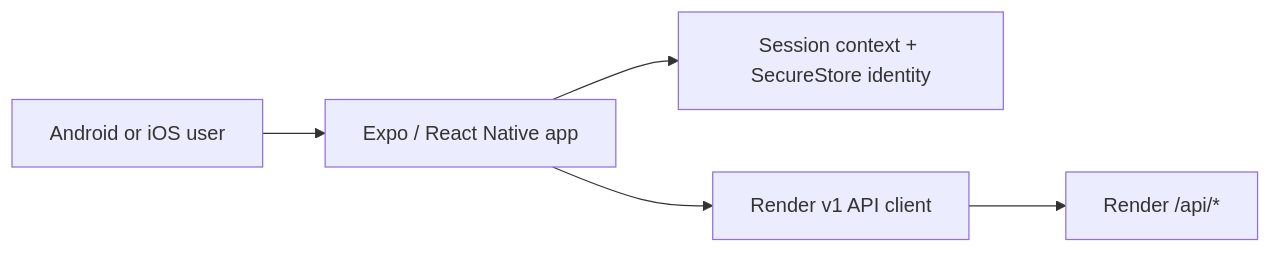
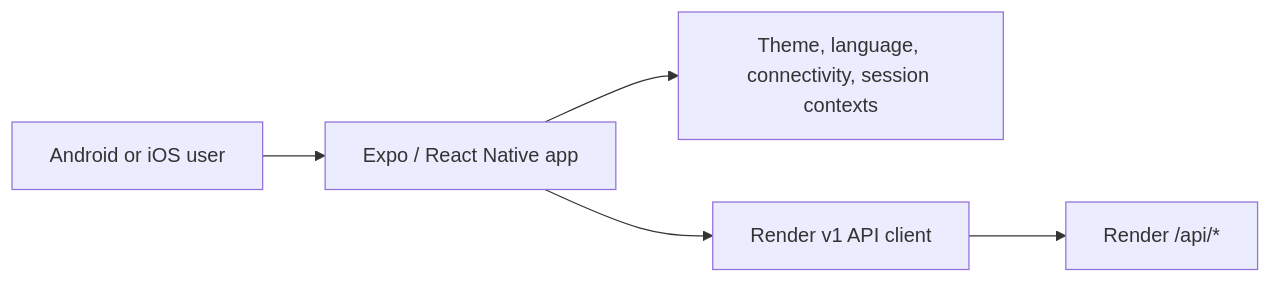
Before and after one commit to khrizenriquez/reservas-app: the first of 2 diagrams in docs/ARCHITECTURE_FLOWS.md, drawn with Mermaid. The commit also changed other lines of this file and 28 other files, not shown here.

````diff
--- a/docs/ARCHITECTURE_FLOWS.md
+++ b/docs/ARCHITECTURE_FLOWS.md
@@ -3,7 +3,7 @@
 ```mermaid
 flowchart LR
   U["Android or iOS user"] --> A["Expo / React Native app"]
-  A --> S["Session context + SecureStore identity"]
+  A --> S["Theme, language, connectivity, session contexts"]
   A --> C["Render v1 API client"]
   C --> R["Render /api/*"]
 ```
````
